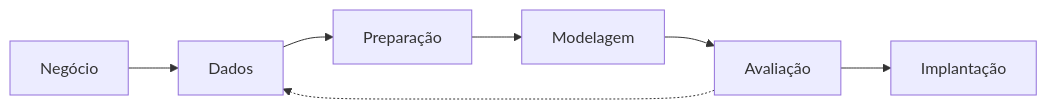
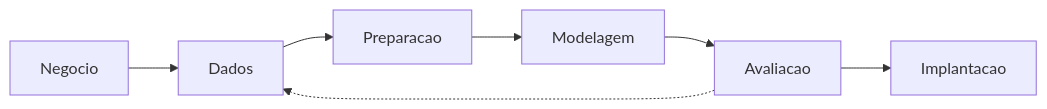
Before and after one commit to carloseomartinsdev/PeopleCluster: the diagram in docs/metodologia.md, drawn with Mermaid. The commit also changed other lines of this file and 57 other files, not shown here.

````diff
--- a/docs/metodologia.md
+++ b/docs/metodologia.md
@@ -5,9 +5,9 @@
 ```mermaid
 flowchart LR
-  A[Negócio] --> B[Dados]
-  B --> C[Preparação]
+  A[Negocio] --> B[Dados]
+  B --> C[Preparacao]
   C --> D[Modelagem]
-  D --> E[Avaliação]
-  E --> F[Implantação]
+  D --> E[Avaliacao]
+  E --> F[Implantacao]
   E -.-> B
 ```
````
